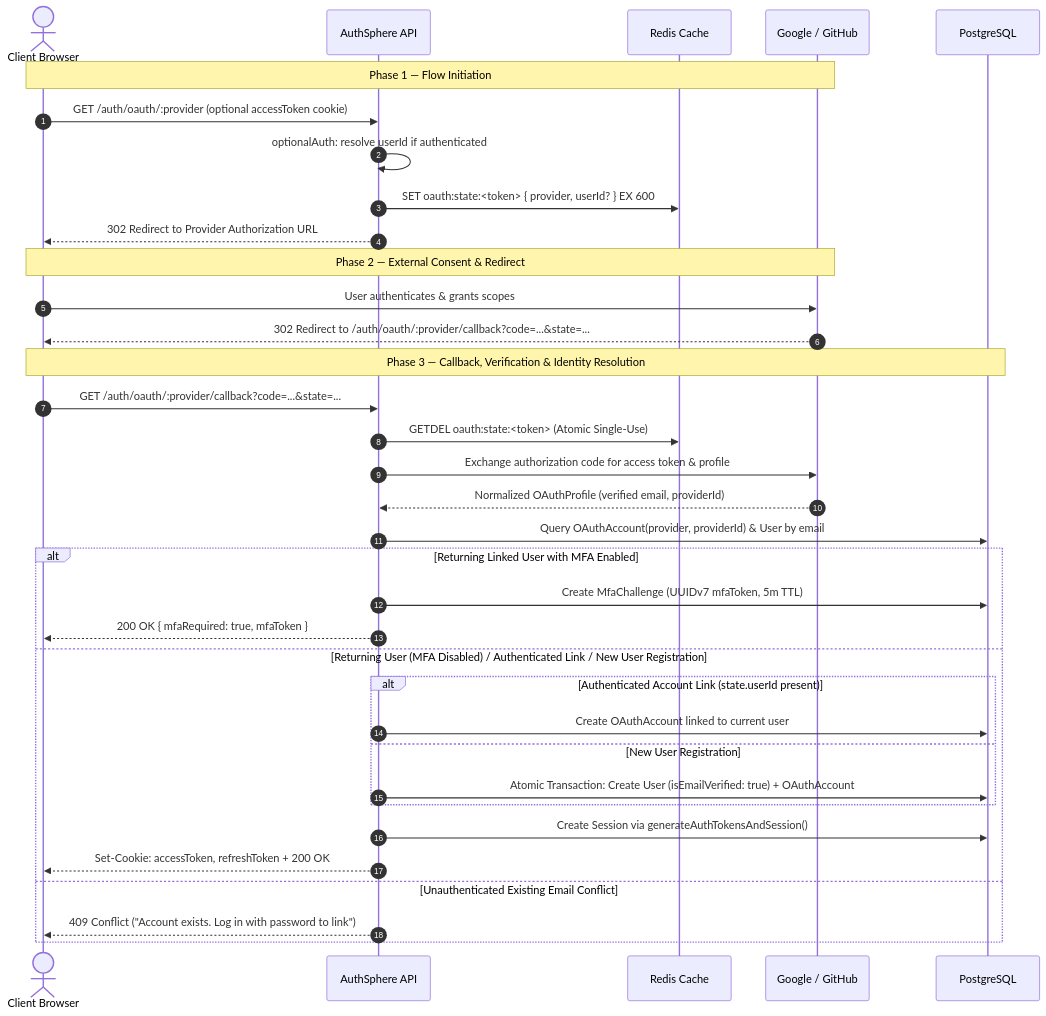
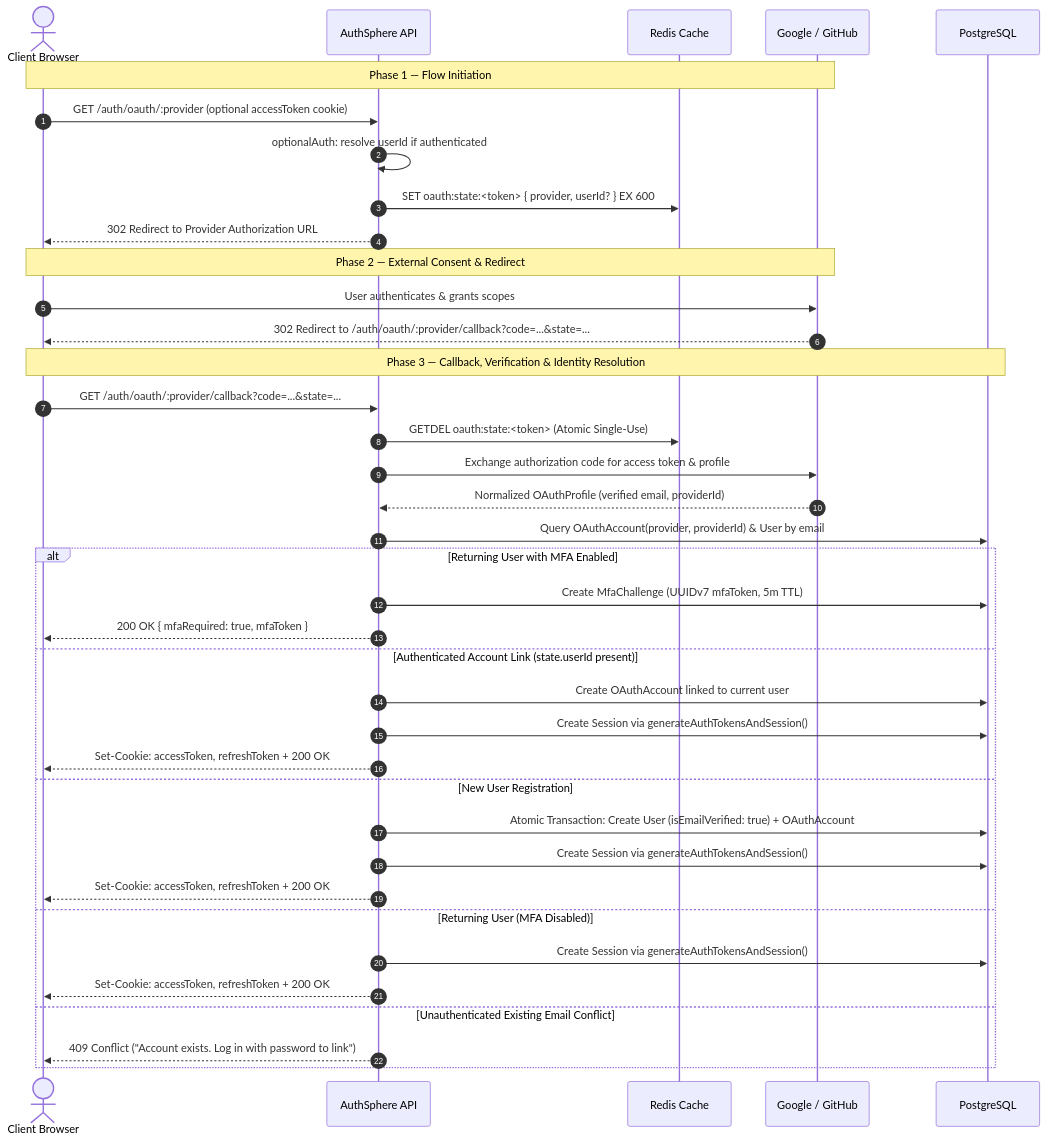
The sixth of 10 diagrams in docs/ARCHITECTURE.md (utkarshj014/authsphere), drawn with Mermaid before and after one commit. The commit also changed other lines of this file and 19 other files, not shown here.

````diff
--- a/docs/ARCHITECTURE.md
+++ b/docs/ARCHITECTURE.md
@@ -337,40 +333,43 @@
 ```mermaid
 sequenceDiagram
     autonumber
     actor User as Client Browser
     participant API as AuthSphere API
     participant Redis as Redis Cache
     participant Provider as Google / GitHub
     participant DB as PostgreSQL
 
     Note over User, Provider: Phase 1 — Flow Initiation
     User->>API: GET /auth/oauth/:provider (optional accessToken cookie)
     API->>API: optionalAuth: resolve userId if authenticated
     API->>Redis: SET oauth:state:<token> { provider, userId? } EX 600
     API-->>User: 302 Redirect to Provider Authorization URL
 
     Note over User, Provider: Phase 2 — External Consent & Redirect
     User->>Provider: User authenticates & grants scopes
     Provider-->>User: 302 Redirect to /auth/oauth/:provider/callback?code=...&state=...
 
     Note over User, DB: Phase 3 — Callback, Verification & Identity Resolution
     User->>API: GET /auth/oauth/:provider/callback?code=...&state=...
     API->>Redis: GETDEL oauth:state:<token> (Atomic Single-Use)
     API->>Provider: Exchange authorization code for access token & profile
     Provider-->>API: Normalized OAuthProfile (verified email, providerId)
     API->>DB: Query OAuthAccount(provider, providerId) & User by email
-    alt Returning Linked User with MFA Enabled
+    alt Returning User with MFA Enabled
         API->>DB: Create MfaChallenge (UUIDv7 mfaToken, 5m TTL)
         API-->>User: 200 OK { mfaRequired: true, mfaToken }
-    else Returning User (MFA Disabled) / Authenticated Link / New User Registration
-        alt Authenticated Account Link (state.userId present)
-            API->>DB: Create OAuthAccount linked to current user
-        else New User Registration
-            API->>DB: Atomic Transaction: Create User (isEmailVerified: true) + OAuthAccount
-        end
+    else Authenticated Account Link (state.userId present)
+        API->>DB: Create OAuthAccount linked to current user
+        API->>DB: Create Session via generateAuthTokensAndSession()
+        API-->>User: Set-Cookie: accessToken, refreshToken + 200 OK
+    else New User Registration
+        API->>DB: Atomic Transaction: Create User (isEmailVerified: true) + OAuthAccount
+        API->>DB: Create Session via generateAuthTokensAndSession()
+        API-->>User: Set-Cookie: accessToken, refreshToken + 200 OK
+    else Returning User (MFA Disabled)
         API->>DB: Create Session via generateAuthTokensAndSession()
         API-->>User: Set-Cookie: accessToken, refreshToken + 200 OK
     else Unauthenticated Existing Email Conflict
         API-->>User: 409 Conflict ("Account exists. Log in with password to link")
     end
 ```
````
